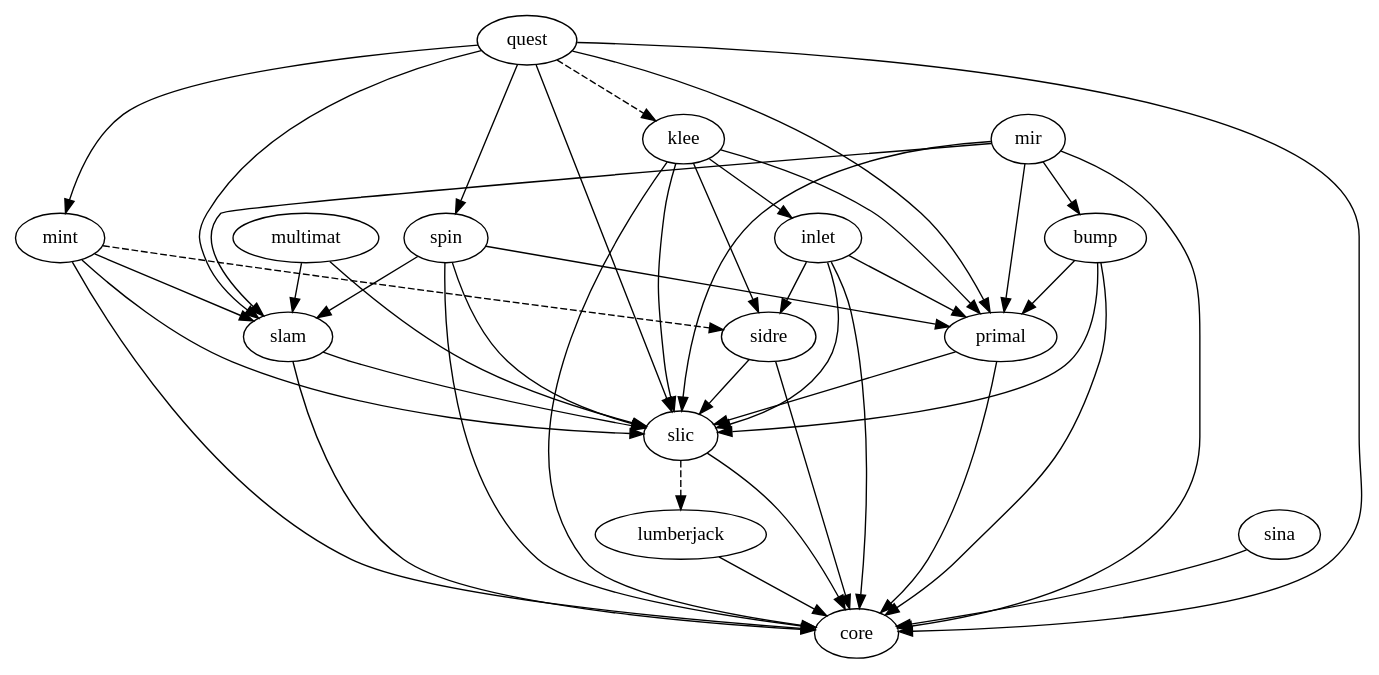
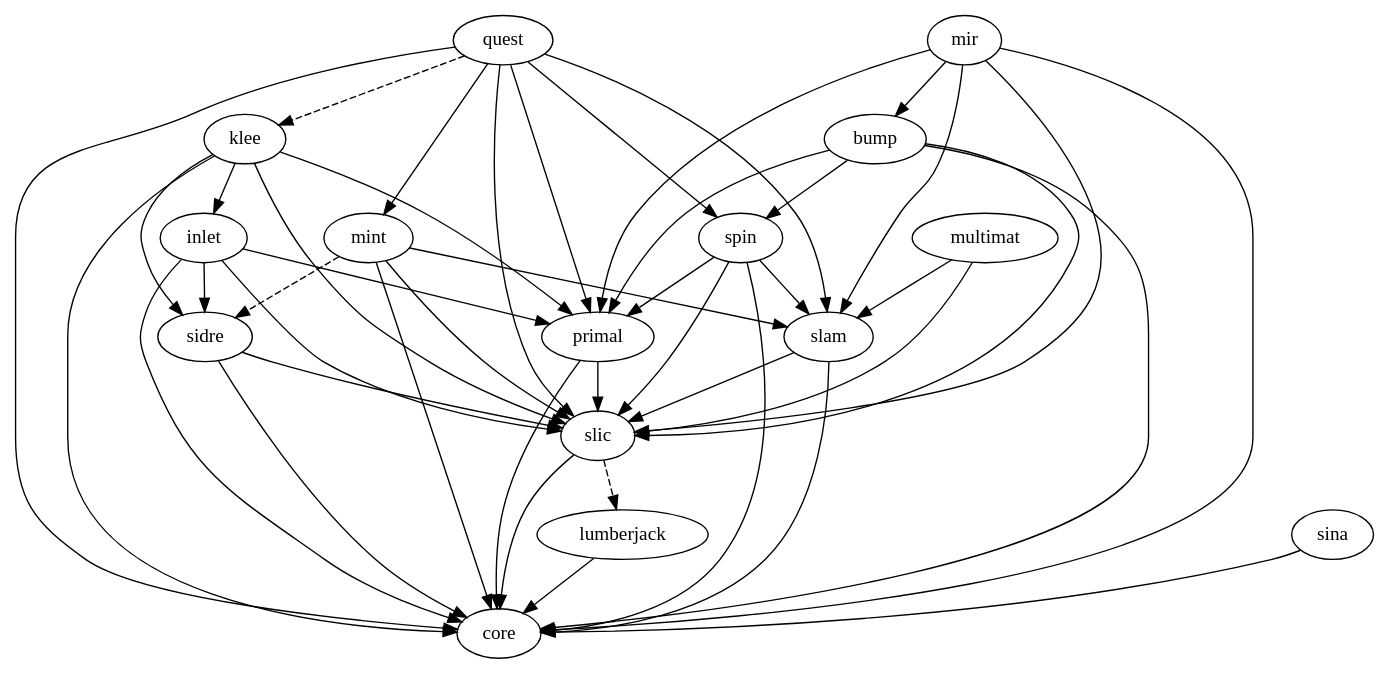
Before and after one commit to llnl/axom: the diagram in src/docs/dependencies.dot, drawn with Graphviz. The commit also changed 3 other files, not shown here.

Commit message:
Adjust build to reflect that bump depends on spin.

```diff
--- a/src/docs/dependencies.dot
+++ b/src/docs/dependencies.dot
@@ -1,18 +1,18 @@
 digraph dependencies {
   quest -> {slam primal mint spin};
   quest -> klee [style="dashed"];
   {inlet klee mint primal quest slam spin} -> {slic core};
   mint -> slam
   mint -> sidre [style="dashed"];
   mir -> {bump slic core slam primal};
   multimat -> {slic slam};
   spin -> {slam primal};
   sidre -> {slic core};
   sina -> {core};
   slic -> core;
   slic -> lumberjack [style="dashed"];
   lumberjack -> core;
   inlet -> {sidre primal};
   klee -> {sidre primal inlet};
-  bump -> {slic core primal};
+  bump -> {core slic spin primal};
 }
```
